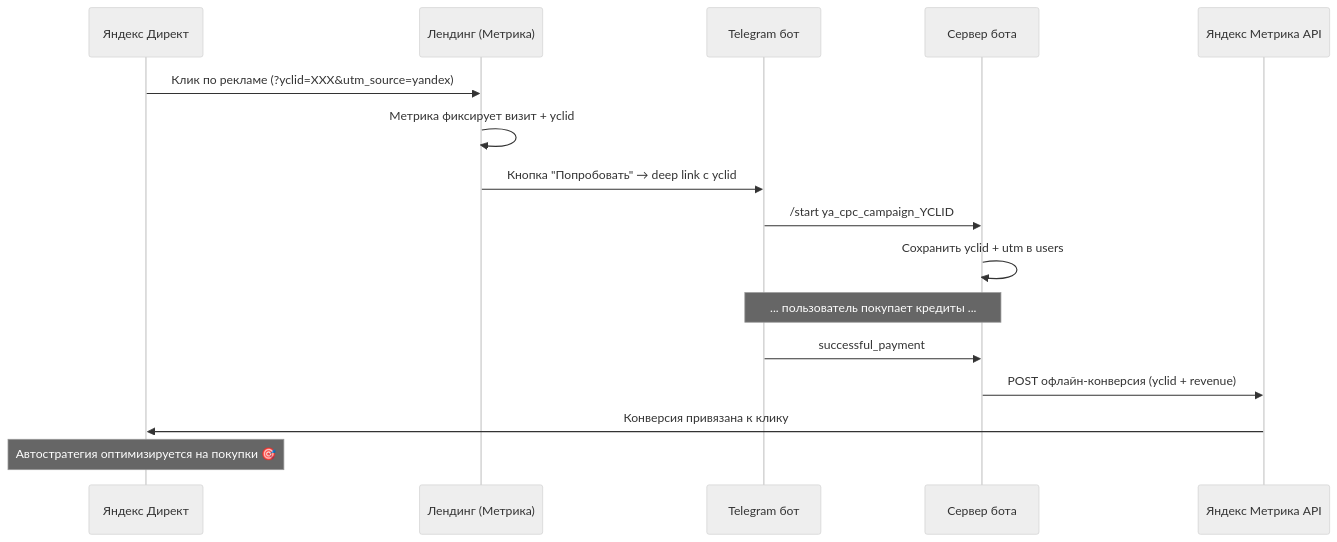
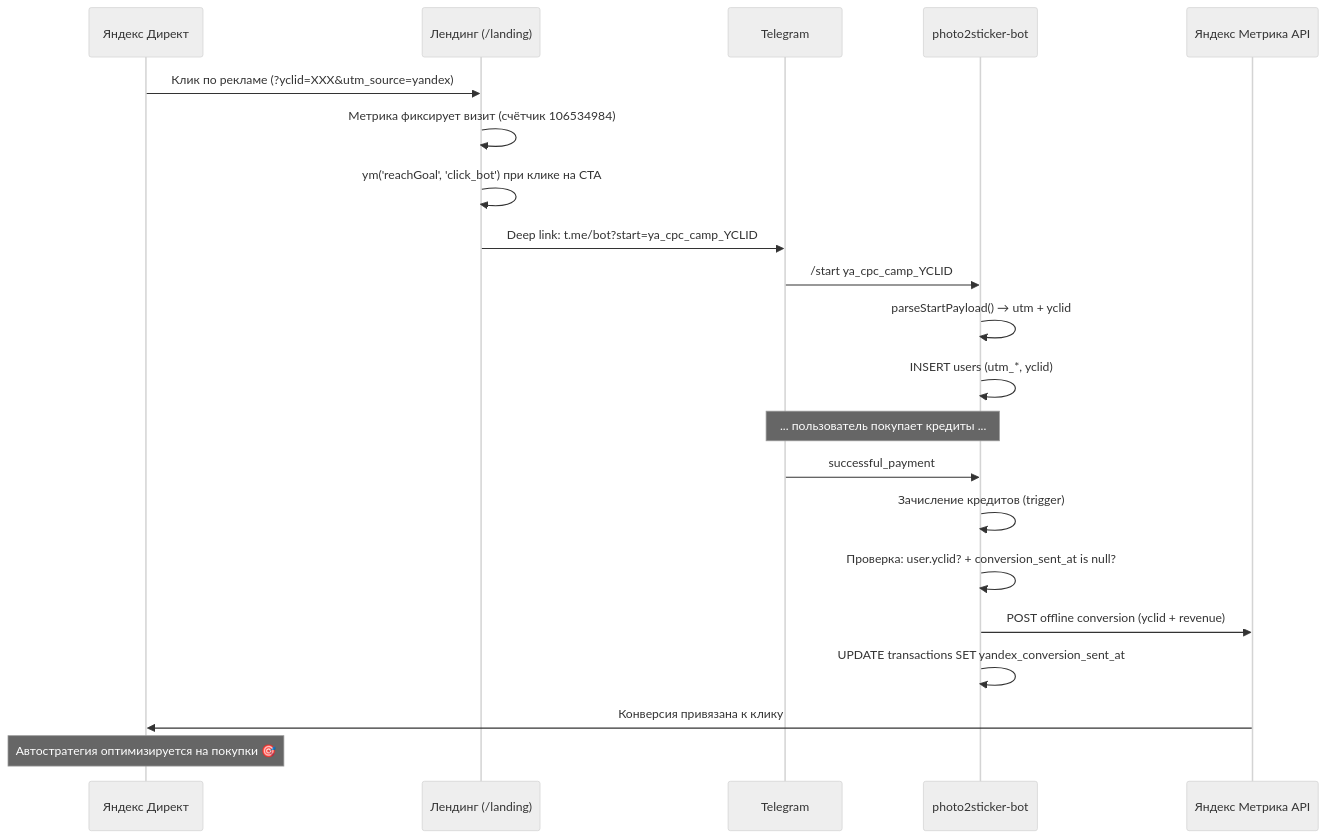
The diagram in docs/13-02-yandex-direct-conversions.md (mazarov/https-github.com-mazarov-photo2sticker-bot), drawn with Mermaid (neutral theme) before and after one commit. The commit also changed other lines of this file and 4 other files, not shown here.

First line of the commit message:
feat: Yandex Direct conversions — yclid tracking + offline conversion

````diff
--- a/docs/13-02-yandex-direct-conversions.md
+++ b/docs/13-02-yandex-direct-conversions.md
@@ -36,19 +54,24 @@
 ```mermaid
 sequenceDiagram
     participant YD as Яндекс Директ
-    participant LP as Лендинг (Метрика)
-    participant TG as Telegram бот
-    participant API as Сервер бота
+    participant LP as Лендинг (/landing)
+    participant TG as Telegram
+    participant BOT as photo2sticker-bot
     participant YM as Яндекс Метрика API
 
     YD->>LP: Клик по рекламе (?yclid=XXX&utm_source=yandex)
-    LP->>LP: Метрика фиксирует визит + yclid
-    LP->>TG: Кнопка "Попробовать" → deep link с yclid
-    TG->>API: /start ya_cpc_campaign_YCLID
-    API->>API: Сохранить yclid + utm в users
-    Note over TG,API: ... пользователь покупает кредиты ...
-    TG->>API: successful_payment
-    API->>YM: POST офлайн-конверсия (yclid + revenue)
+    LP->>LP: Метрика фиксирует визит (счётчик 106534984)
+    LP->>LP: ym('reachGoal', 'click_bot') при клике на CTA
+    LP->>TG: Deep link: t.me/bot?start=ya_cpc_camp_YCLID
+    TG->>BOT: /start ya_cpc_camp_YCLID
+    BOT->>BOT: parseStartPayload() → utm + yclid
+    BOT->>BOT: INSERT users (utm_*, yclid)
+    Note over TG,BOT: ... пользователь покупает кредиты ...
+    TG->>BOT: successful_payment
+    BOT->>BOT: Зачисление кредитов (trigger)
+    BOT->>BOT: Проверка: user.yclid? + conversion_sent_at is null?
+    BOT->>YM: POST offline conversion (yclid + revenue)
+    BOT->>BOT: UPDATE transactions SET yandex_conversion_sent_at
     YM->>YD: Конверсия привязана к клику
     Note over YD: Автостратегия оптимизируется на покупки 🎯
 ```
````
